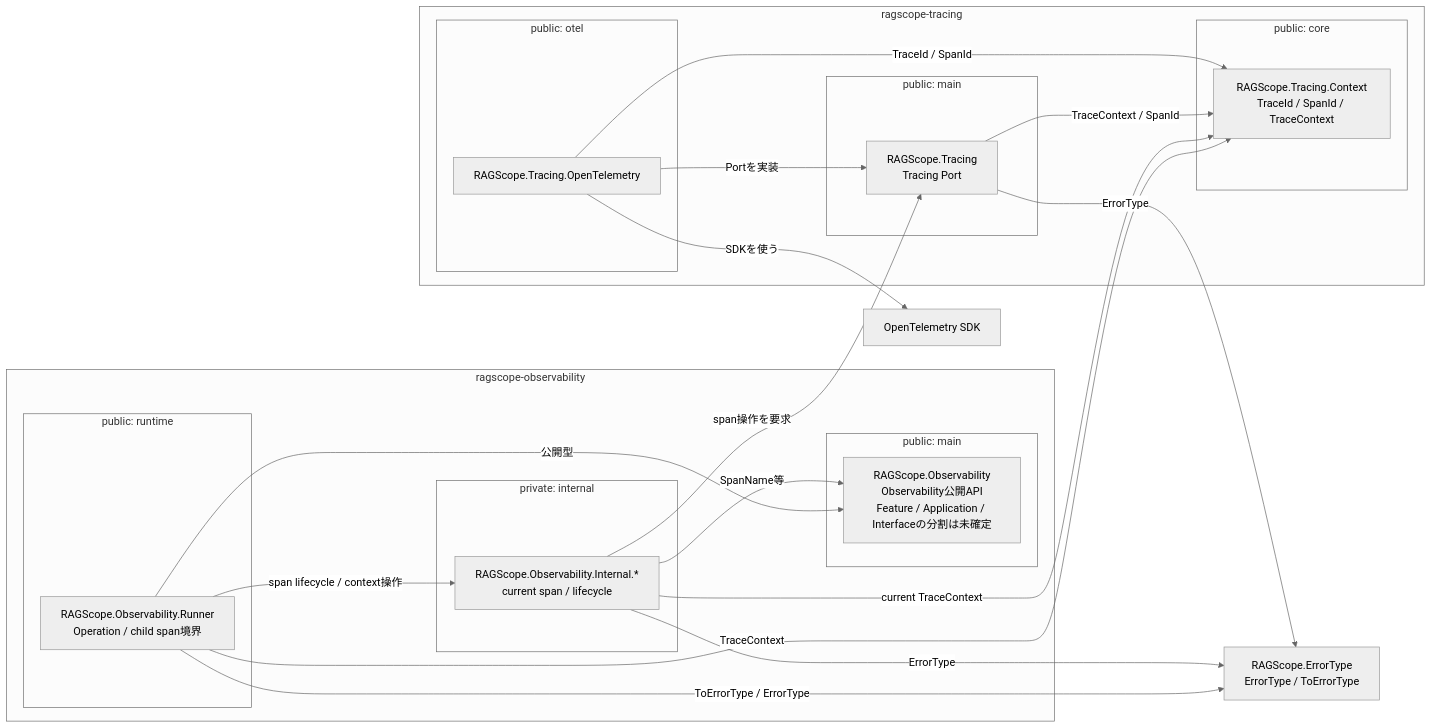
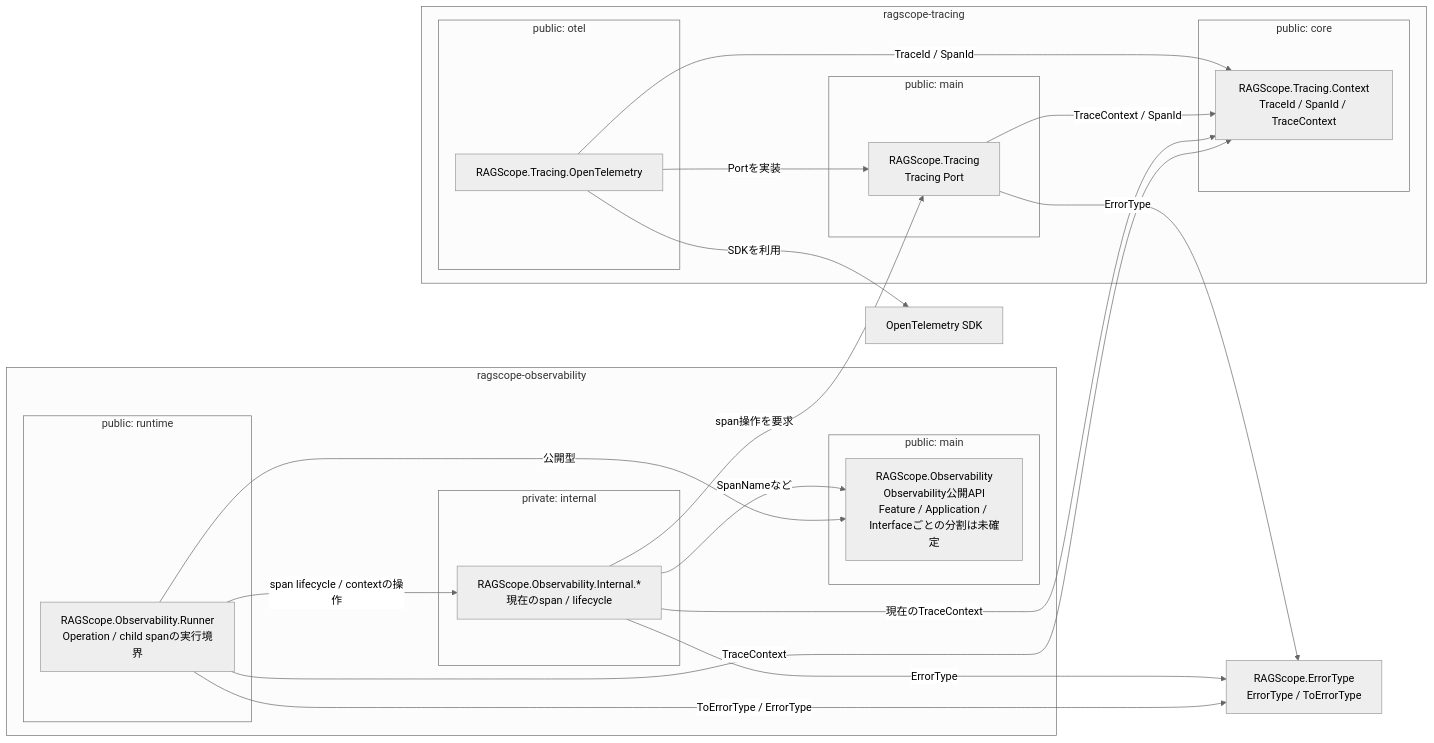
Before and after one commit to takashit16833/Workbench: the diagram in Notes/RAGScope/RAGScopeアプリケーション/実行追跡・構造化ログ静的依存図 Observability・Tracing.md, drawn with Mermaid (neutral theme). The commit also changed other lines of this file and 6 other files, not shown here.

````diff
--- a/Notes/RAGScope/RAGScopeアプリケーション/実行追跡・構造化ログ静的依存図 Observability・Tracing.md
+++ b/Notes/RAGScope/RAGScopeアプリケーション/実行追跡・構造化ログ静的依存図 Observability・Tracing.md
@@ -17,46 +17,46 @@
 ```mermaid
 flowchart LR
     subgraph pkg_obs["ragscope-observability"]
         subgraph obs_main_lib["public: main"]
-            obs["RAGScope.Observability<br/>Observability公開API<br/>Feature / Application / Interfaceの分割は未確定"]
+            obs["RAGScope.Observability<br/>Observability公開API<br/>Feature / Application / Interfaceごとの分割は未確定"]
         end
         subgraph obs_runtime_lib["public: runtime"]
-            runner["RAGScope.Observability.Runner<br/>Operation / child span境界"]
+            runner["RAGScope.Observability.Runner<br/>Operation / child spanの実行境界"]
         end
         subgraph obs_internal_lib["private: internal"]
-            internal["RAGScope.Observability.Internal.*<br/>current span / lifecycle"]
+            internal["RAGScope.Observability.Internal.*<br/>現在のspan / lifecycle"]
         end
     end
 
     subgraph pkg_tracing["ragscope-tracing"]
         subgraph tracing_main_lib["public: main"]
             tracing["RAGScope.Tracing<br/>Tracing Port"]
         end
         subgraph tracing_otel_lib["public: otel"]
             otel["RAGScope.Tracing.OpenTelemetry"]
         end
         subgraph tracing_core_lib["public: core"]
             context["RAGScope.Tracing.Context<br/>TraceId / SpanId / TraceContext"]
         end
     end
 
     error_type["RAGScope.ErrorType<br/>ErrorType / ToErrorType"]
     sdk["OpenTelemetry SDK"]
 
-    runner -->|span lifecycle / context操作| internal
+    runner -->|span lifecycle / contextの操作| internal
     runner -->|公開型| obs
     runner -->|ToErrorType / ErrorType| error_type
     runner -->|TraceContext| context
 
-    internal -->|SpanName等| obs
+    internal -->|SpanNameなど| obs
     internal -->|ErrorType| error_type
     internal -->|span操作を要求| tracing
-    internal -->|current TraceContext| context
+    internal -->|現在のTraceContext| context
 
     tracing -->|ErrorType| error_type
     tracing -->|TraceContext / SpanId| context
 
     otel -->|Portを実装| tracing
     otel -->|TraceId / SpanId| context
-    otel -->|SDKを使う| sdk
+    otel -->|SDKを利用| sdk
 ```
````
